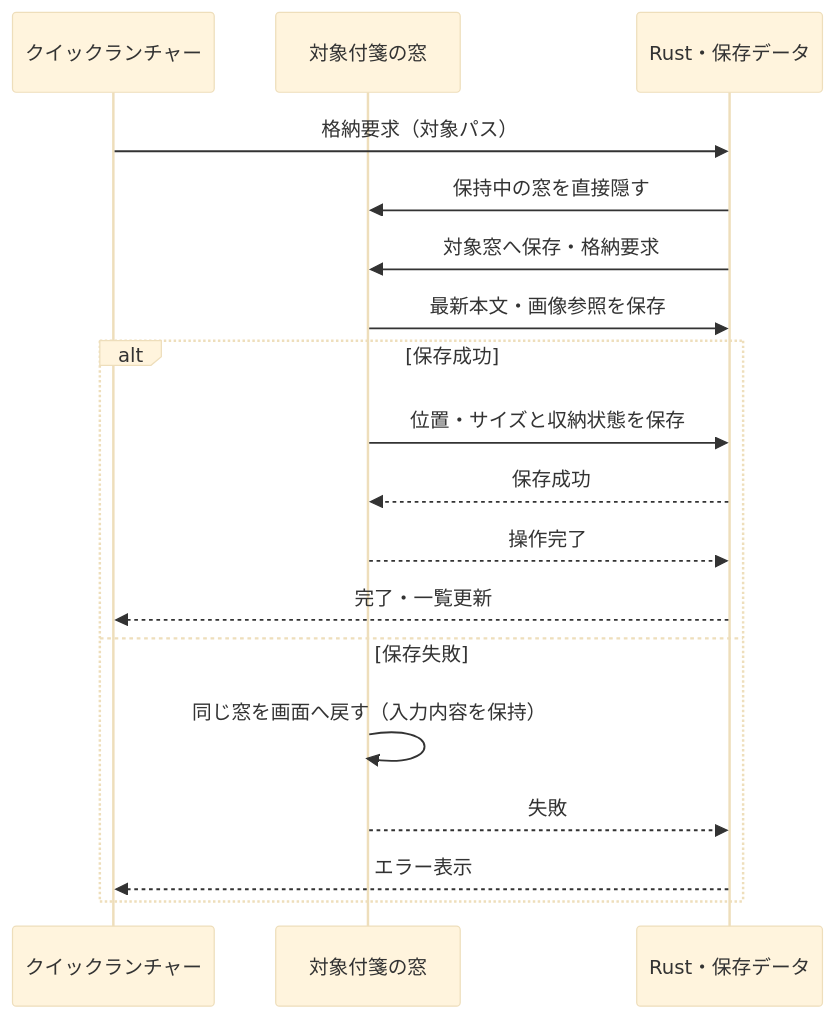
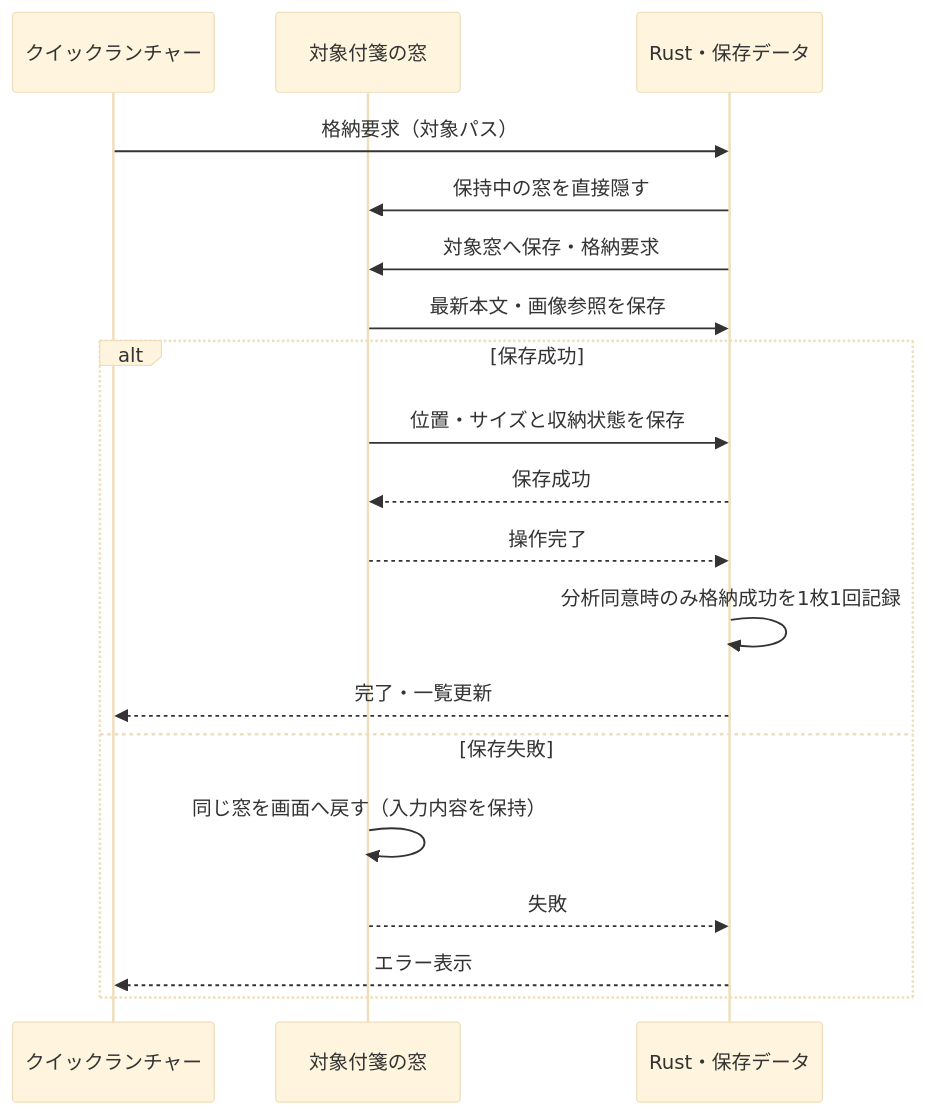
Diagram 15 of 19 in docs-v2/002_PC.md (ore-no-fusen/ore-no-fusen), drawn with Mermaid (base theme) before and after one commit. The commit also changed 9 other files, not shown here.

````diff
--- a/docs-v2/002_PC.md
+++ b/docs-v2/002_PC.md
@@ -1603,20 +1603,21 @@
 ```mermaid
 sequenceDiagram
     participant L as クイックランチャー
     participant N as 対象付箋の窓
     participant R as Rust・保存データ
     L->>R: 格納要求（対象パス）
     R->>N: 保持中の窓を直接隠す
     R->>N: 対象窓へ保存・格納要求
     N->>R: 最新本文・画像参照を保存
     alt 保存成功
         N->>R: 位置・サイズと収納状態を保存
         R-->>N: 保存成功
         N-->>R: 操作完了
+        R->>R: 分析同意時のみ格納成功を1枚1回記録
         R-->>L: 完了・一覧更新
     else 保存失敗
         N->>N: 同じ窓を画面へ戻す（入力内容を保持）
         N-->>R: 失敗
         R-->>L: エラー表示
     end
 ```
````
